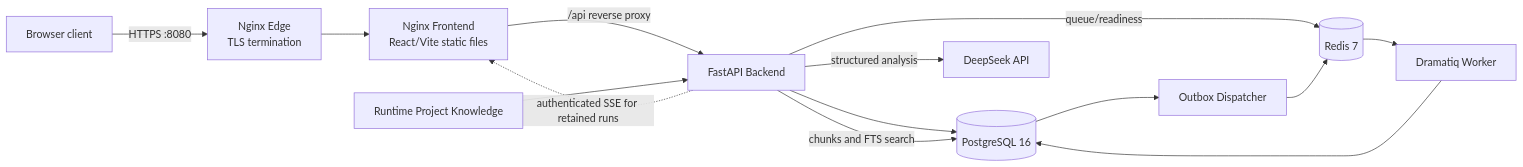
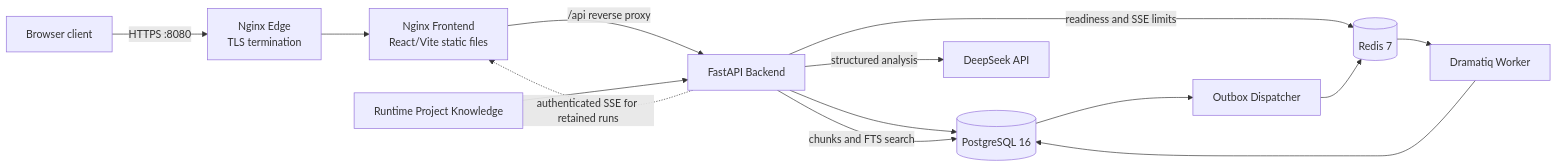
The diagram in README.md (HKJoker-Z/personal-job-agent), drawn with Mermaid before and after one commit. The commit also changed other lines of this file and 15 other files, not shown here.

Commit message:
Add architecture documentation and portfolio demo

````diff
--- a/README.md
+++ b/README.md
@@ -164,16 +171,16 @@
 ```mermaid
 flowchart LR
     Client[Browser client] -->|HTTPS :8080| Edge[Nginx Edge<br/>TLS termination]
     Edge --> Web[Nginx Frontend<br/>React/Vite static files]
     Web -->|/api reverse proxy| API[FastAPI Backend]
     API --> DB[(PostgreSQL 16)]
-    API -->|queue/readiness| Redis[(Redis 7)]
+    API -->|readiness and SSE limits| Redis[(Redis 7)]
     API -->|structured analysis| DeepSeek[DeepSeek API]
     Runtime[Runtime Project Knowledge] --> API
     API -->|chunks and FTS search| DB
     DB --> Outbox[Outbox Dispatcher]
     Outbox --> Redis
     Redis --> Worker[Dramatiq Worker]
     Worker --> DB
     API -. authenticated SSE for retained runs .-> Web
 ```
````
